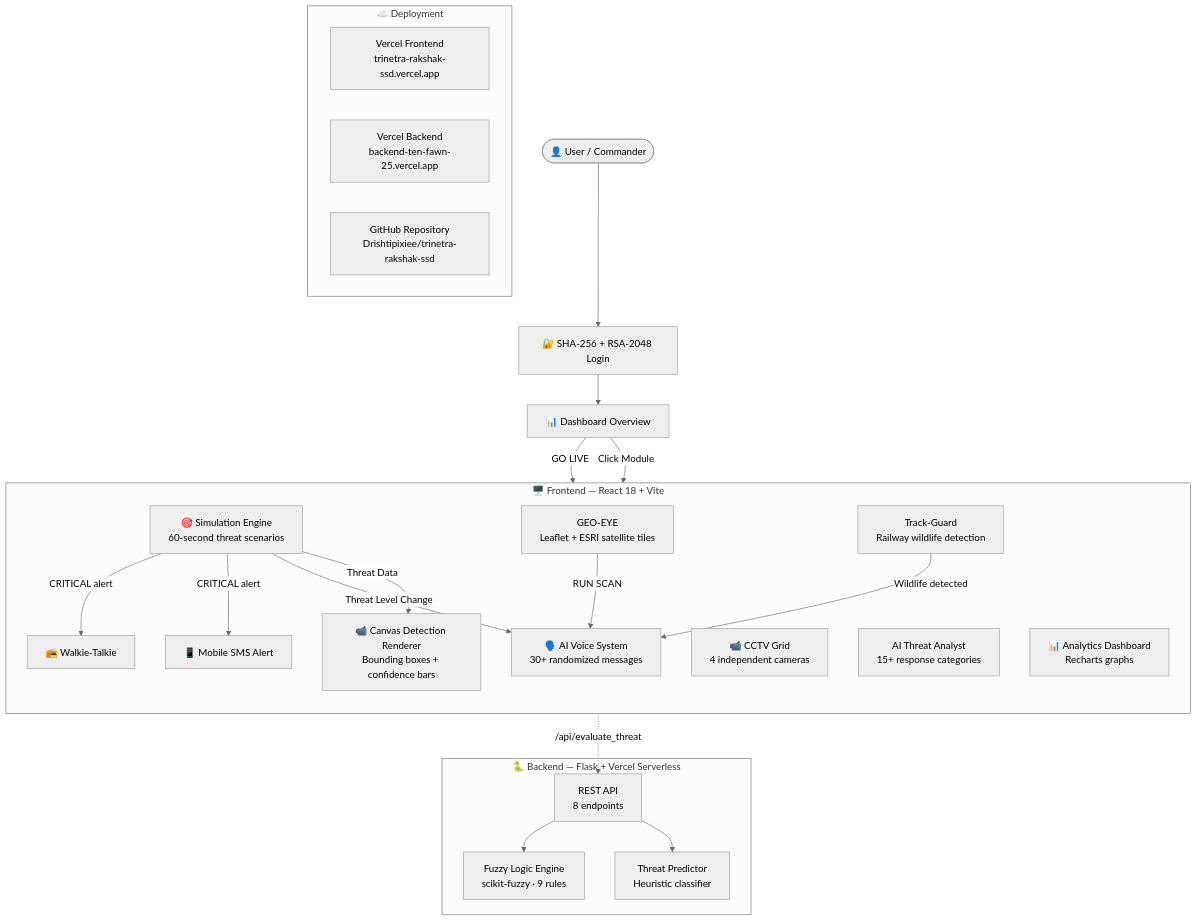
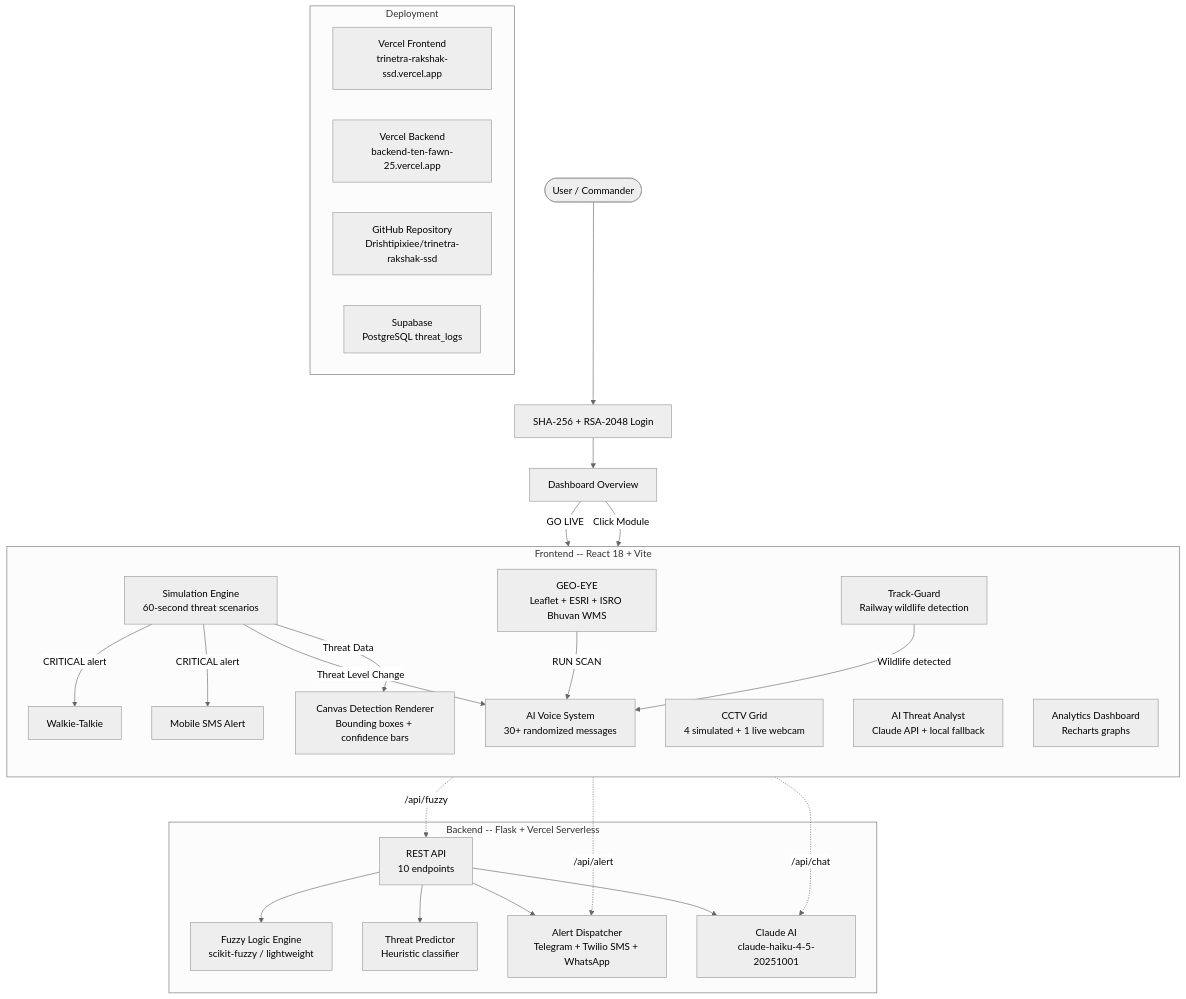
Before and after one commit to Drishtipixiee/trinetra-rakshak-ssd: the diagram in README.md, drawn with Mermaid (neutral theme). The commit also changed other lines of this file and 1 other file, not shown here.

````diff
--- a/README.md
+++ b/README.md
@@ -123,41 +178,48 @@
 ```mermaid
 flowchart TB
-    USER([👤 User / Commander]) --> LOGIN[🔐 SHA-256 + RSA-2048 Login]
-    LOGIN --> DASH[📊 Dashboard Overview]
+    USER(["User / Commander"]) --> LOGIN["SHA-256 + RSA-2048 Login"]
+    LOGIN --> DASH["Dashboard Overview"]
 
-    DASH --> |GO LIVE| SIM[🎯 Simulation Engine<br/>60-second threat scenarios]
+    DASH --> |GO LIVE| SIM["Simulation Engine<br/>60-second threat scenarios"]
     DASH --> |Click Module| TABS
 
-    subgraph TABS [" 🖥️ Frontend — React 18 + Vite "]
+    subgraph TABS [" Frontend -- React 18 + Vite "]
         direction TB
-        SIM --> |Threat Data| CANVAS[📹 Canvas Detection Renderer<br/>Bounding boxes + confidence bars]
-        SIM --> |Threat Level Change| VOICE[🗣️ AI Voice System<br/>30+ randomized messages]
-        SIM --> |CRITICAL alert| SMS[📱 Mobile SMS Alert]
-        SIM --> |CRITICAL alert| RADIO[📻 Walkie-Talkie]
+        SIM --> |Threat Data| CANVAS["Canvas Detection Renderer<br/>Bounding boxes + confidence bars"]
+        SIM --> |Threat Level Change| VOICE["AI Voice System<br/>30+ randomized messages"]
+        SIM --> |CRITICAL alert| SMS["Mobile SMS Alert"]
+        SIM --> |CRITICAL alert| RADIO["Walkie-Talkie"]
 
-        CCTV[📹 CCTV Grid<br/>4 independent cameras]
-        GEO[GEO-EYE<br/>Leaflet + ESRI satellite tiles]
-        TRACK[Track-Guard<br/>Railway wildlife detection]
-        CHAT[AI Threat Analyst<br/>15+ response categories]
-        ANALYTICS[📊 Analytics Dashboard<br/>Recharts graphs]
+        CCTV["CCTV Grid<br/>4 simulated + 1 live webcam"]
+        GEO["GEO-EYE<br/>Leaflet + ESRI + ISRO Bhuvan WMS"]
+        TRACK["Track-Guard<br/>Railway wildlife detection"]
+        CHAT["AI Threat Analyst<br/>Claude API + local fallback"]
+        ANALYTICS["Analytics Dashboard<br/>Recharts graphs"]
     end
 
     GEO --> |RUN SCAN| VOICE
     TRACK --> |Wildlife detected| VOICE
 
-    subgraph BACKEND [" 🐍 Backend — Flask + Vercel Serverless "]
-        API[REST API<br/>8 endpoints]
-        FUZZY[Fuzzy Logic Engine<br/>scikit-fuzzy · 9 rules]
-        PREDICT[Threat Predictor<br/>Heuristic classifier]
+    subgraph BACKEND [" Backend -- Flask + Vercel Serverless "]
+        API["REST API<br/>10 endpoints"]
+        FUZZY["Fuzzy Logic Engine<br/>scikit-fuzzy / lightweight"]
+        PREDICT["Threat Predictor<br/>Heuristic classifier"]
+        ALERT["Alert Dispatcher<br/>Telegram + Twilio SMS + WhatsApp"]
+        CLAUDE["Claude AI<br/>claude-haiku-4-5-20251001"]
         API --> FUZZY
         API --> PREDICT
+        API --> ALERT
+        API --> CLAUDE
     end
 
-    SIM -.-> |/api/evaluate_threat| API
+    SIM -.-> |/api/fuzzy| API
+    SIM -.-> |/api/alert| ALERT
+    CHAT -.-> |/api/chat| CLAUDE
 
-    subgraph DEPLOY [" ☁️ Deployment "]
-        VERCEL_F[Vercel Frontend<br/>trinetra-rakshak-ssd.vercel.app]
-        VERCEL_B[Vercel Backend<br/>backend-ten-fawn-25.vercel.app]
-        GH[GitHub Repository<br/>Drishtipixiee/trinetra-rakshak-ssd]
+    subgraph DEPLOY [" Deployment "]
+        VERCEL_F["Vercel Frontend<br/>trinetra-rakshak-ssd.vercel.app"]
+        VERCEL_B["Vercel Backend<br/>backend-ten-fawn-25.vercel.app"]
+        GH["GitHub Repository<br/>Drishtipixiee/trinetra-rakshak-ssd"]
+        SUPA["Supabase<br/>PostgreSQL threat_logs"]
     end
 ```
````
